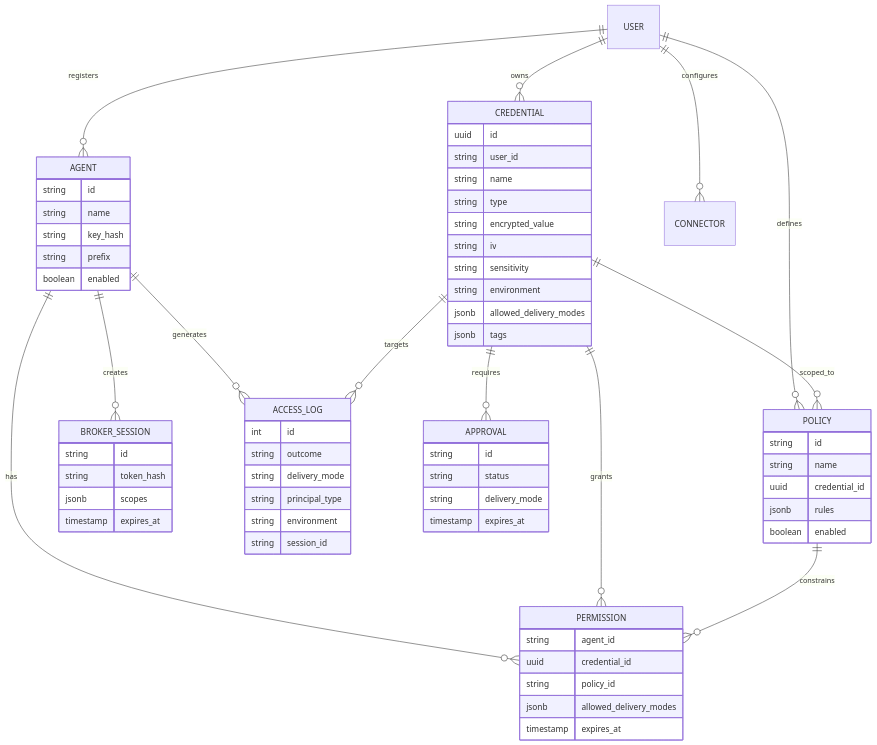
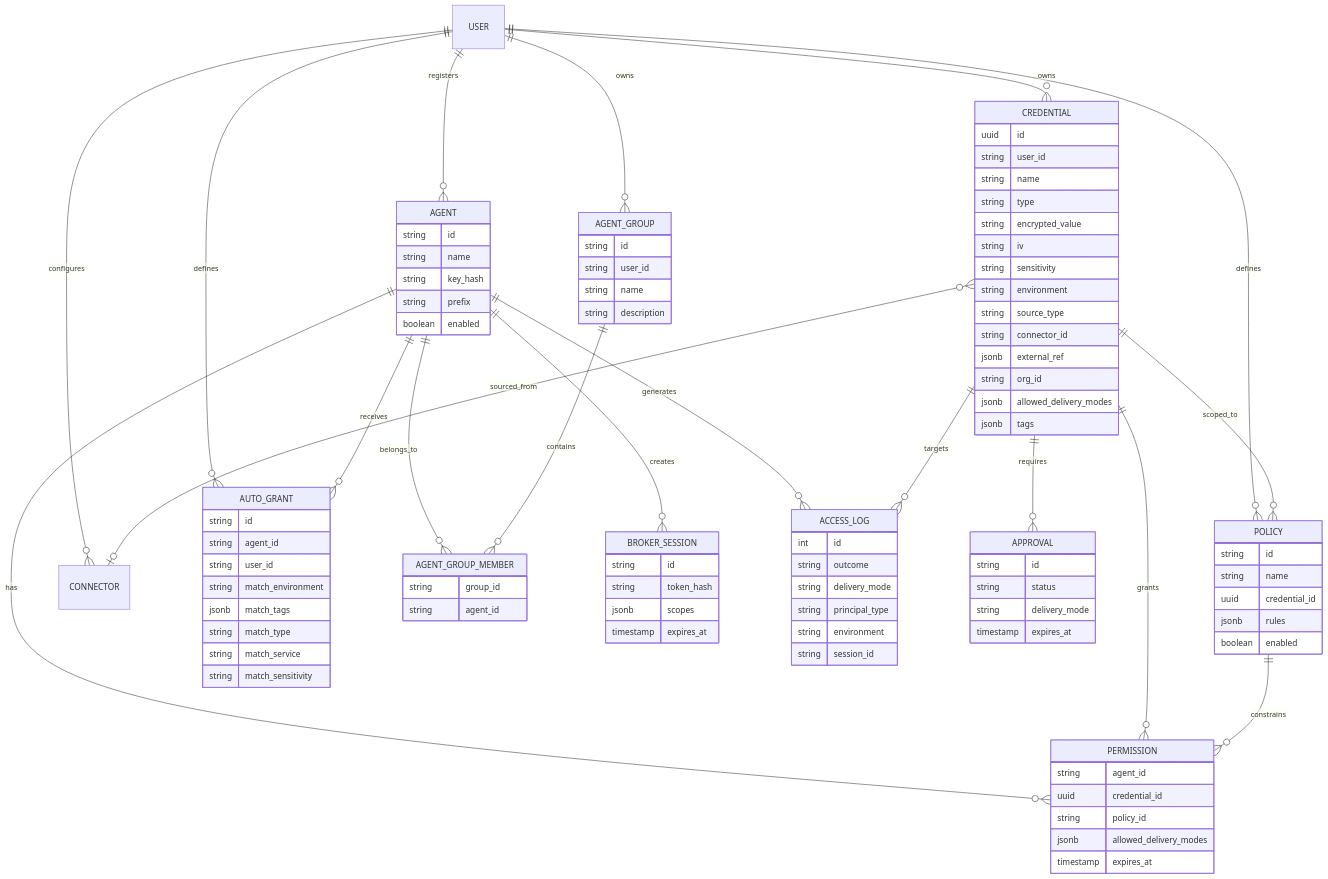
One commit to punitarani/abadge changed the second of 5 diagrams in docs/ARCHITECTURE.md. Above: the diagram before and after it, drawn with Mermaid. The commit also changed other lines of this file and 12 other files, not shown here.

```diff
--- a/docs/ARCHITECTURE.md
+++ b/docs/ARCHITECTURE.md
@@ -105,8 +129,14 @@
   USER ||--o{ AGENT : registers
   USER ||--o{ POLICY : defines
   USER ||--o{ CONNECTOR : configures
+  USER ||--o{ AUTO_GRANT : defines
+  USER ||--o{ AGENT_GROUP : owns
   AGENT ||--o{ PERMISSION : has
+  AGENT ||--o{ AUTO_GRANT : receives
+  AGENT ||--o{ AGENT_GROUP_MEMBER : belongs_to
+  AGENT_GROUP ||--o{ AGENT_GROUP_MEMBER : contains
   CREDENTIAL ||--o{ PERMISSION : grants
+  CREDENTIAL }o--o| CONNECTOR : sourced_from
   POLICY ||--o{ PERMISSION : constrains
   CREDENTIAL ||--o{ POLICY : scoped_to
   AGENT ||--o{ BROKER_SESSION : creates
@@ -123,6 +153,10 @@
     string iv
     string sensitivity
     string environment
+    string source_type
+    string connector_id
+    jsonb external_ref
+    string org_id
     jsonb allowed_delivery_modes
     jsonb tags
   }
@@ -151,6 +185,29 @@
     boolean enabled
   }
 
+  AUTO_GRANT {
+    string id
+    string agent_id
+    string user_id
+    string match_environment
+    jsonb match_tags
+    string match_type
+    string match_service
+    string match_sensitivity
+  }
+
+  AGENT_GROUP {
+    string id
+    string user_id
+    string name
+    string description
+  }
+
+  AGENT_GROUP_MEMBER {
+    string group_id
+    string agent_id
+  }
+
   APPROVAL {
     string id
     string status
```
